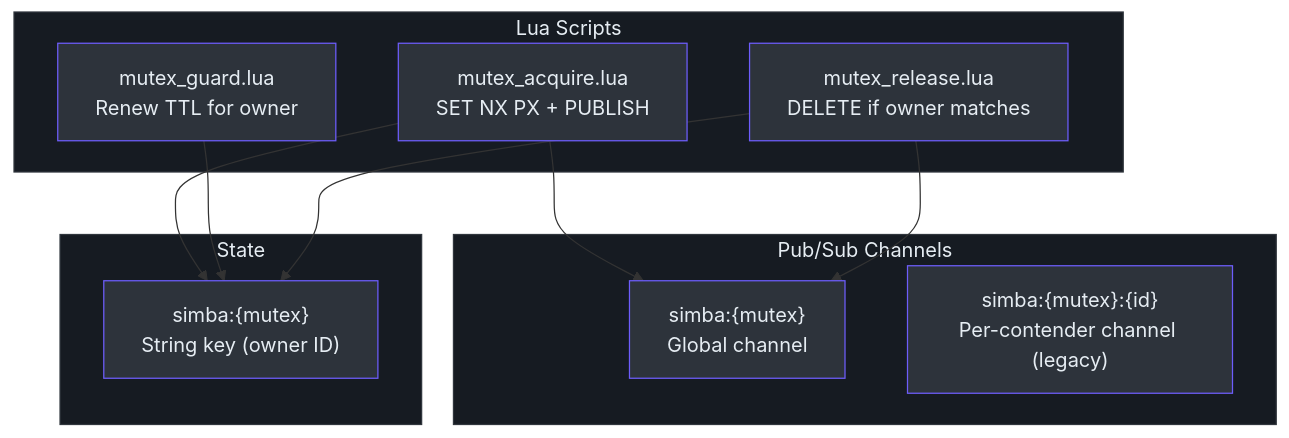
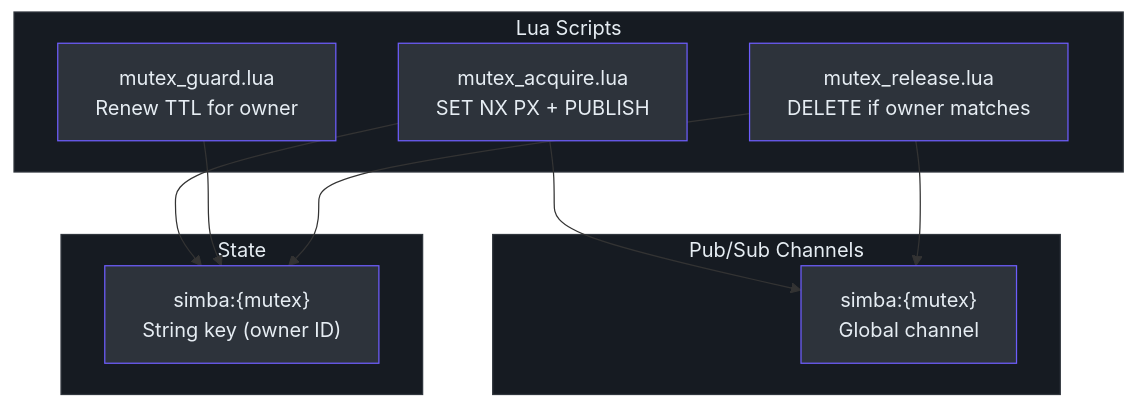
The third of 4 diagrams in wiki/testing/integration-testing.md (Ahoo-Wang/Simba), drawn with Mermaid before and after one commit. The commit also changed 35 other files, not shown here.

````diff
--- a/wiki/testing/integration-testing.md
+++ b/wiki/testing/integration-testing.md
@@ -166,33 +166,31 @@
 ```mermaid
 flowchart TD
     subgraph scripts["Lua Scripts"]
         style scripts fill:#161b22,stroke:#30363d,color:#e6edf3
         ACQUIRE["mutex_acquire.lua<br>SET NX PX + PUBLISH"]
         GUARD["mutex_guard.lua<br>Renew TTL for owner"]
         RELEASE["mutex_release.lua<br>DELETE if owner matches"]
     end
 
     subgraph channels["Pub/Sub Channels"]
         style channels fill:#161b22,stroke:#30363d,color:#e6edf3
         MC["simba:{mutex}<br>Global channel"]
-        CC["simba:{mutex}:{id}<br>Per-contender channel (legacy)"]
     end
 
     subgraph state["State"]
         style state fill:#161b22,stroke:#30363d,color:#e6edf3
         KEY["simba:{mutex}<br>String key (owner ID)"]
     end
 
     ACQUIRE --> MC
     ACQUIRE --> KEY
     GUARD --> KEY
     RELEASE --> MC
     RELEASE --> KEY
 
     style ACQUIRE fill:#2d333b,stroke:#6d5dfc,color:#e6edf3
     style GUARD fill:#2d333b,stroke:#6d5dfc,color:#e6edf3
     style RELEASE fill:#2d333b,stroke:#6d5dfc,color:#e6edf3
     style MC fill:#2d333b,stroke:#6d5dfc,color:#e6edf3
-    style CC fill:#2d333b,stroke:#6d5dfc,color:#e6edf3
     style KEY fill:#2d333b,stroke:#6d5dfc,color:#e6edf3
 ```
````
